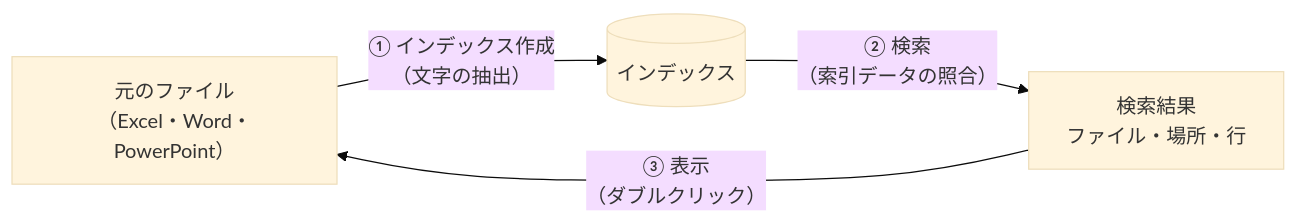
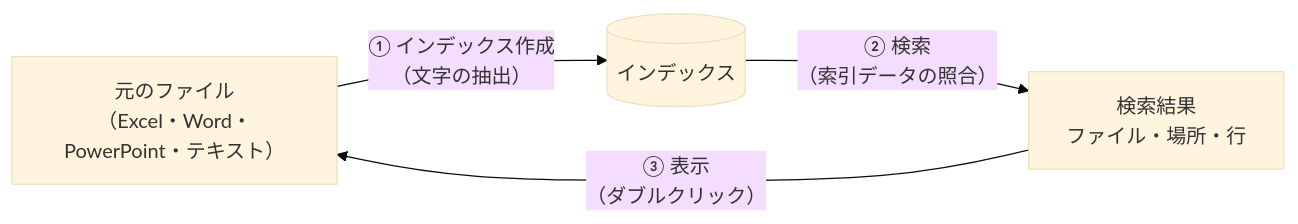
Before and after one commit to hsgwa/tebunko: the diagram in docs/guide/about-index.md, drawn with Mermaid (base theme). The commit also changed other lines of this file and 14 other files, not shown here.

````diff
--- a/docs/guide/about-index.md
+++ b/docs/guide/about-index.md
@@ -21,6 +21,6 @@
 ```mermaid
 flowchart LR
-    F["元のファイル<br>（Excel・Word・PowerPoint）"] -- "① インデックス作成<br>（文字の抽出）" --> I[("インデックス")]
+    F["元のファイル<br>（Excel・Word・PowerPoint・テキスト）"] -- "① インデックス作成<br>（文字の抽出）" --> I[("インデックス")]
     I -- "② 検索<br>（索引データの照合）" --> R["検索結果<br>ファイル・場所・行"]
     R -- "③ 表示<br>（ダブルクリック）" --> F
 ```
````
